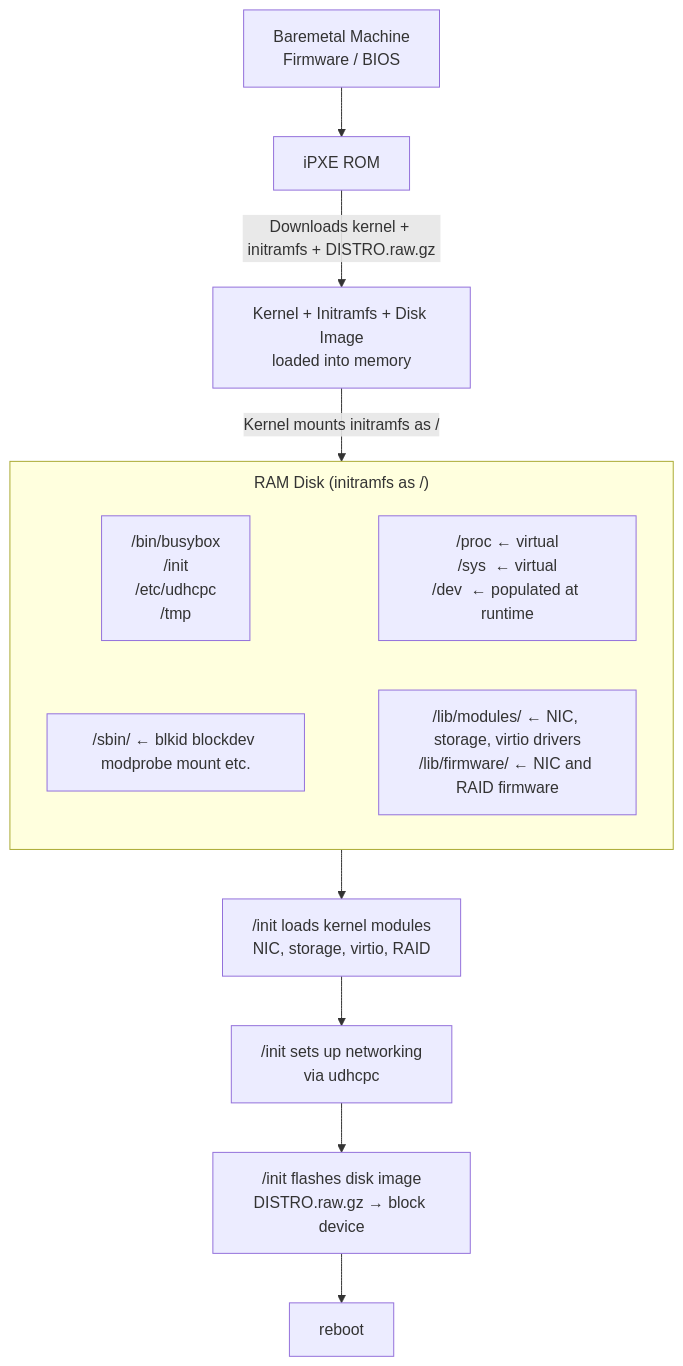
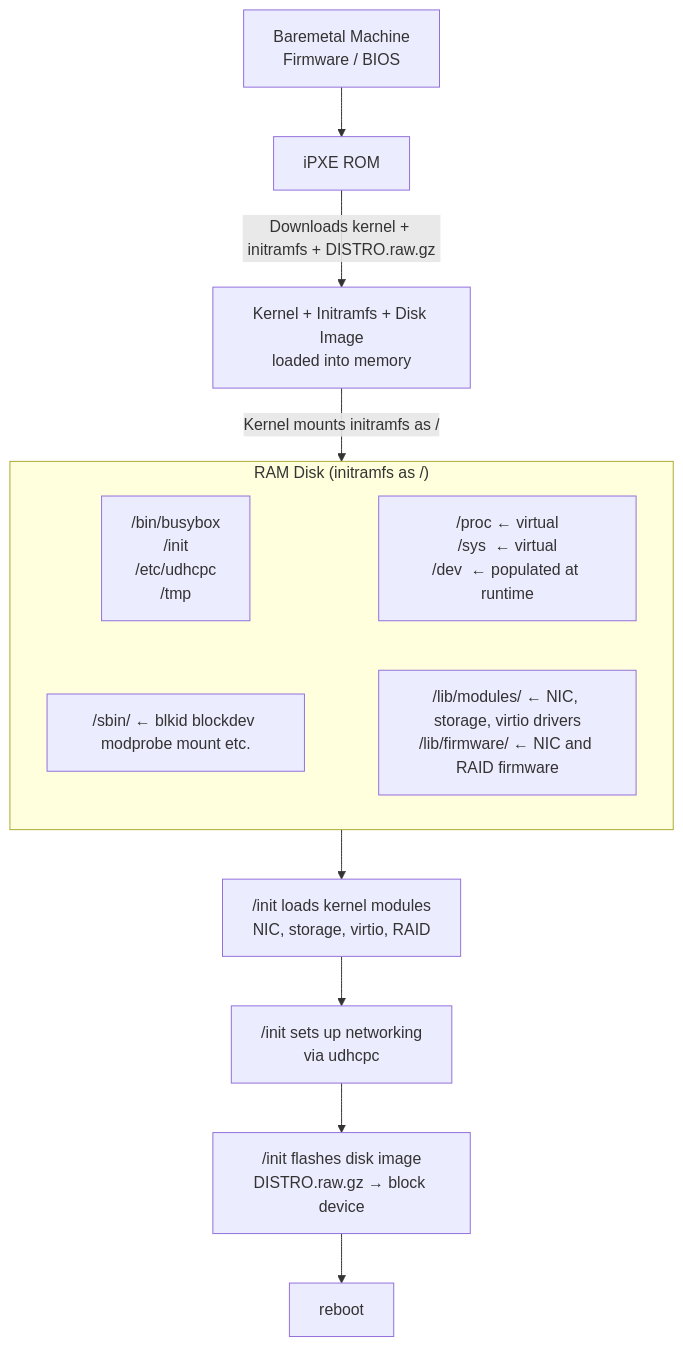
The diagram in doc/initramfs.md (jjbailey/initramfs-flash), drawn with Mermaid before and after one commit. The commit also changed 1 other file, not shown here.

Commit message:
try fixing mermaid for github (#5)

````diff
--- a/doc/initramfs.md
+++ b/doc/initramfs.md
@@ -4,29 +4,28 @@
 ```mermaid
-%%{init: {'flowchart': {'subGraphTitleMargin': {'top': 10, 'bottom': 10}, 'useMaxWidth': false}}}%%
 flowchart TD
     A["Baremetal Machine<br/>Firmware / BIOS"]
     B[iPXE ROM]
     C["Kernel + Initramfs + Disk Image<br/>loaded into memory"]
 
     subgraph ramdisk ["RAM Disk (initramfs as /)"]
         D1["/bin/busybox<br/>/init<br/>/etc/udhcpc<br/>/tmp"]
         D2["/proc ← virtual<br/>/sys  ← virtual<br/>/dev  ← populated at runtime"]
         D3["/sbin/ ← blkid blockdev modprobe mount etc."]
         D4["/lib/modules/ ← NIC, storage, virtio drivers<br/>/lib/firmware/ ← NIC and RAID firmware"]
         D1 ~~~ D2
         D3 ~~~ D4
     end
 
     E1["/init loads kernel modules<br/>NIC, storage, virtio, RAID"]
     E2["/init sets up networking<br/>via udhcpc"]
     E3["/init flashes disk image<br/>DISTRO.raw.gz → block device"]
     F[reboot]
 
     A --> B
     B -->|"Downloads kernel + initramfs + DISTRO.raw.gz"| C
     C -->|"Kernel mounts initramfs as /"| ramdisk
     ramdisk --> E1
     E1 --> E2
     E2 --> E3
     E3 --> F
 ```
````
